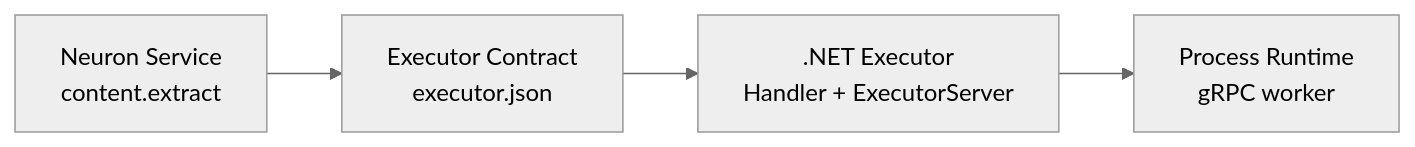
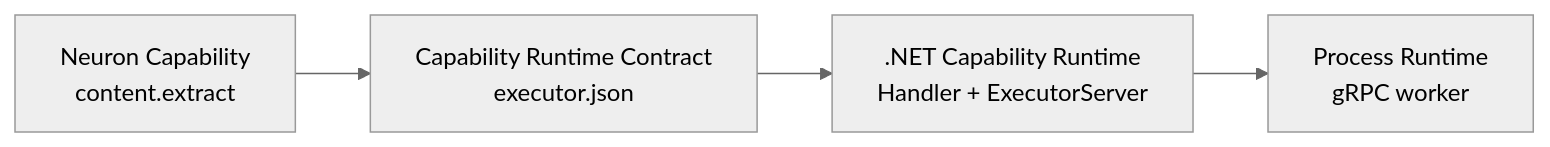
One commit to neuron-runtime/neuron changed the diagram in packages/executor-sdks/dotnet/README.md. Above: the diagram before and after it, drawn with Mermaid (neutral theme). The commit also changed other lines of this file and 119 other files, not shown here.

````diff
--- a/packages/executor-sdks/dotnet/README.md
+++ b/packages/executor-sdks/dotnet/README.md
@@ -7,6 +7,6 @@
 ```mermaid
 flowchart LR
-    S[Neuron Service<br/>content.extract] --> C[Executor Contract<br/>executor.json]
-    C --> D[.NET Executor<br/>Handler + ExecutorServer]
+    S[Neuron Capability<br/>content.extract] --> C[Capability Runtime Contract<br/>executor.json]
+    C --> D[.NET Capability Runtime<br/>Handler + ExecutorServer]
     D --> P[Process Runtime<br/>gRPC worker]
 ```
````
